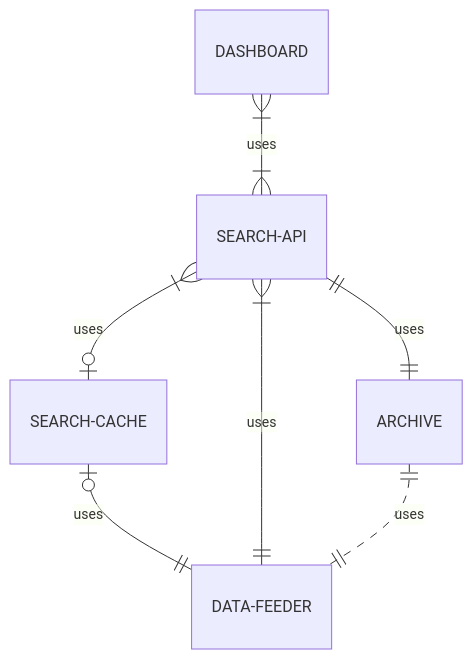
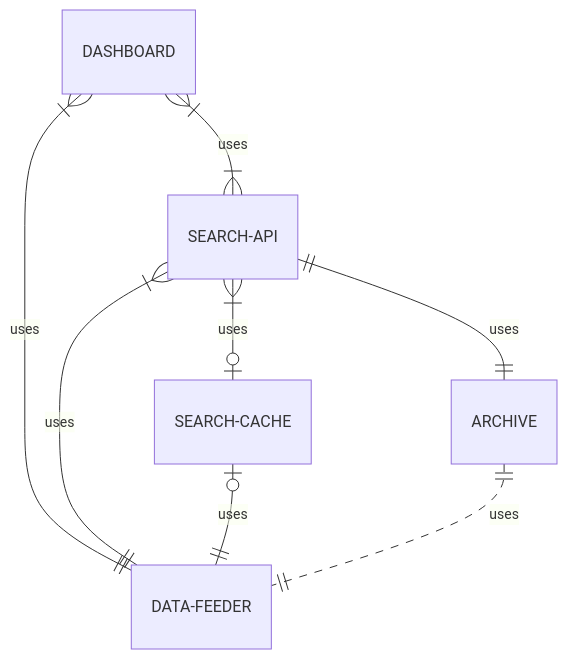
One commit to avonbied/stock-app changed the diagram in README.md. Above: the diagram before and after it, drawn with Mermaid. The commit also changed 1 other file, not shown here.

Commit message:
Update project design

````diff
--- a/README.md
+++ b/README.md
@@ -4,9 +4,12 @@
 ```mermaid
 erDiagram
 	DASHBOARD }|--|{ SEARCH-API : uses
+	DASHBOARD }|--|| DATA-FEEDER : uses
+
 	SEARCH-API }|--o| SEARCH-CACHE : uses
+	SEARCH-API }|--|| DATA-FEEDER : uses
+	SEARCH-API ||--|| ARCHIVE : uses
+
 	SEARCH-CACHE |o--|| DATA-FEEDER : uses
-	SEARCH-API }|--|| DATA-FEEDER : uses
 	ARCHIVE ||..|| DATA-FEEDER : uses
-	SEARCH-API ||--|| ARCHIVE : uses
 ```
````
